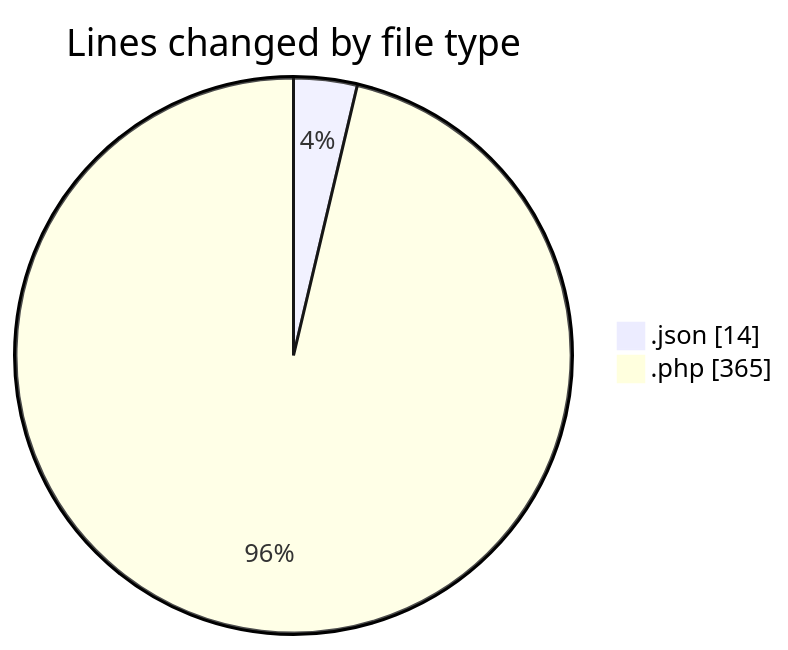
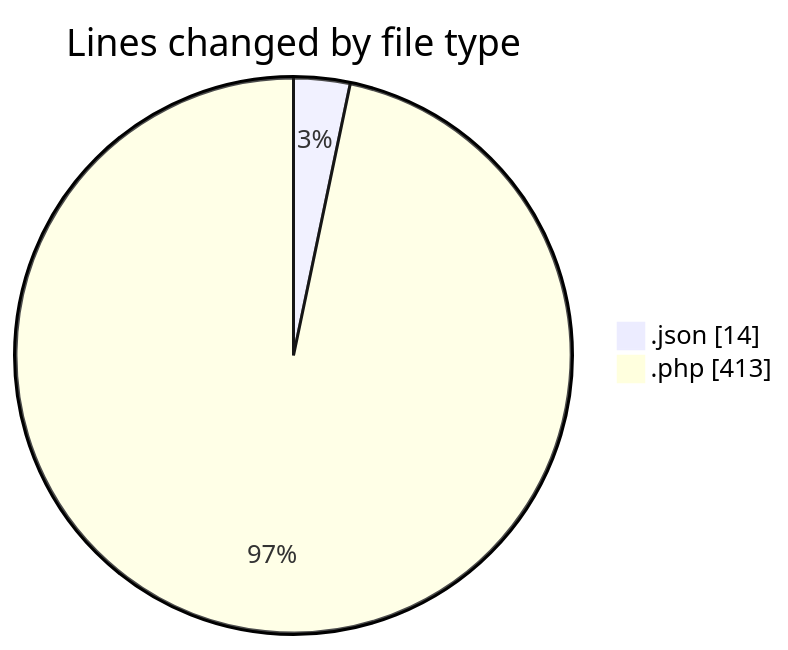
The first of 2 diagrams in 2026-07-27/untitled__workspace_/README.md (debugP/code-tracking), drawn with Mermaid before and after one commit. The commit also changed other lines of this file and 1 other file, not shown here.

````diff
--- a/2026-07-27/untitled__workspace_/README.md
+++ b/2026-07-27/untitled__workspace_/README.md
@@ -22,6 +22,6 @@
 ```mermaid
 pie showData
 title Lines changed by file type
 ".json" : 14
-".php" : 365
+".php" : 413
 ```
````
